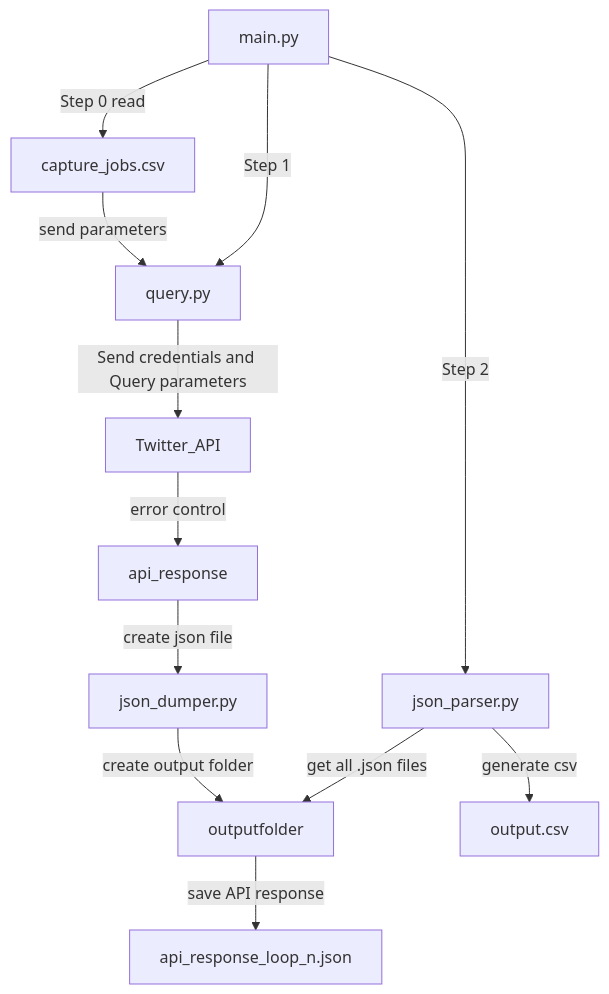
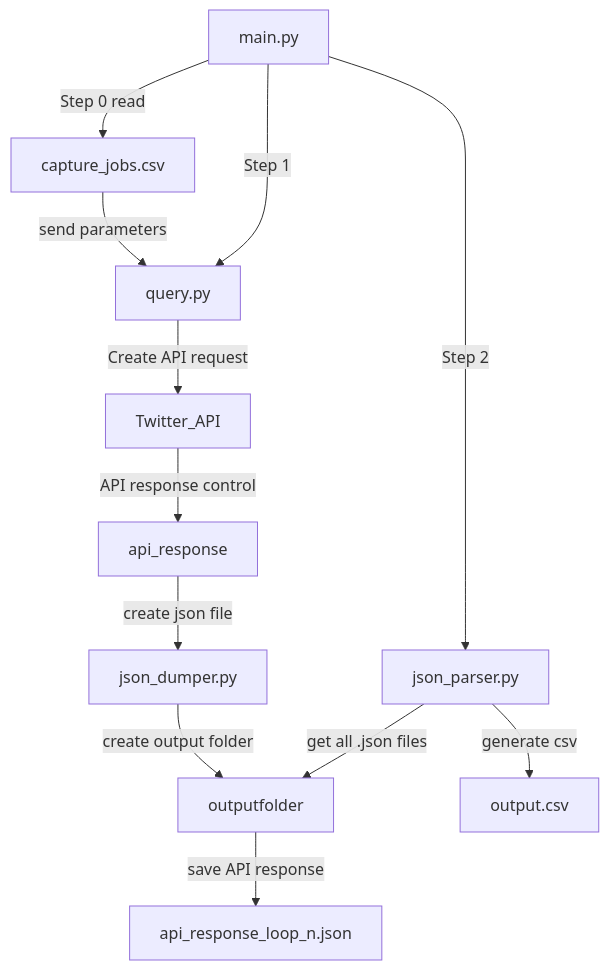
The diagram in README.md (AdriaPadilla/Twitter-API-V2-full-archive-Search-academics), drawn with Mermaid before and after one commit.

````diff
--- a/README.md
+++ b/README.md
@@ -63,15 +63,15 @@
 ```mermaid  
 graph TD;  
 	main.py -->|Step 0 read| capture_jobs.csv;
 	capture_jobs.csv -->|send parameters| query.py;
 	main.py -->|Step 1| query.py;
-	query.py -->|Send credentials and Query parameters| Twitter_API;
-	Twitter_API --> |error control|api_response;
+	query.py -->|Create API request| Twitter_API;
+	Twitter_API --> |API response control|api_response;
 	api_response --> |create json file|json_dumper.py;
 	main.py -->|Step 2| json_parser.py;
 	json_dumper.py -->|create output folder|outputfolder;
 	outputfolder -->|save API response|api_response_loop_n.json;
 	json_parser.py -->|get all .json files|outputfolder;
 	json_parser.py -->|generate csv| output.csv;
 	
 ```
````
